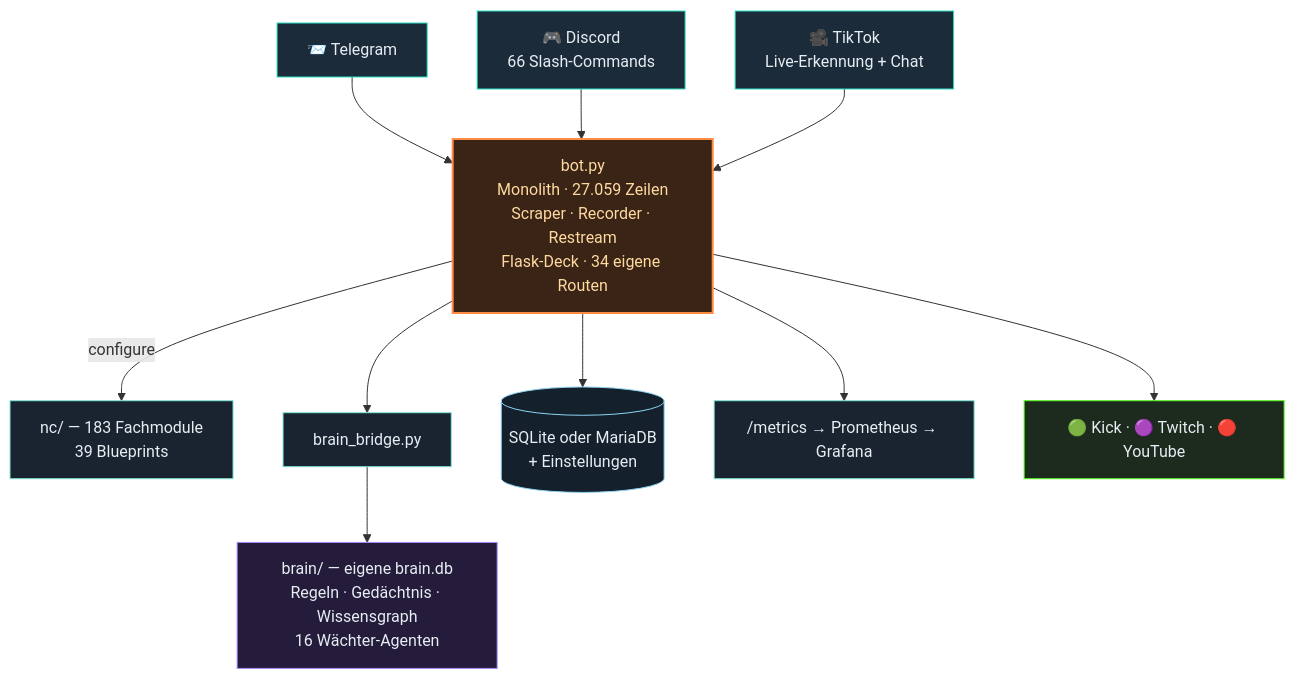
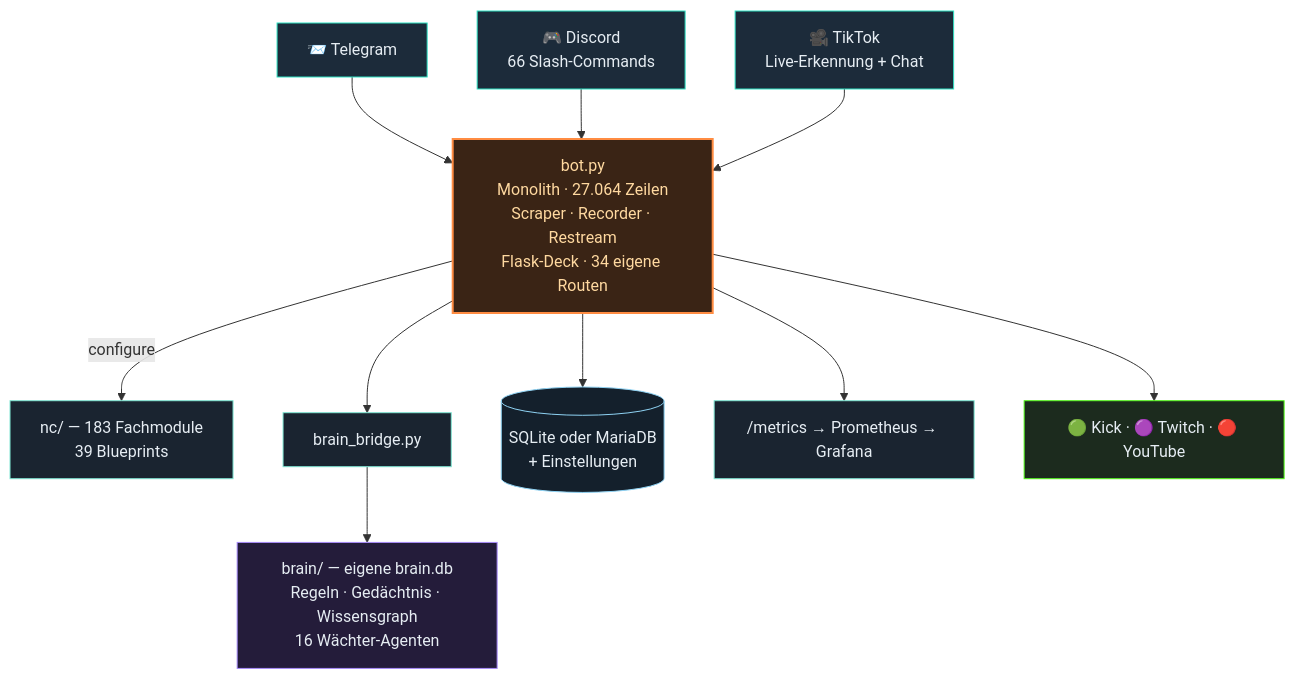
The second of 3 diagrams in README.md (itsamemedev/Telegram-Stream-Info-Bot), drawn with Mermaid before and after one commit. The commit also changed other lines of this file and 11 other files, not shown here.

````diff
--- a/README.md
+++ b/README.md
@@ -118,19 +118,19 @@
 ```mermaid
 flowchart TB
     TG["📨 Telegram"]:::ein --> BOT
     DC["🎮 Discord<br/>66 Slash-Commands"]:::ein --> BOT
     TT["🎥 TikTok<br/>Live-Erkennung + Chat"]:::ein --> BOT
-    BOT["bot.py<br/>Monolith · 27.059 Zeilen<br/>Scraper · Recorder · Restream<br/>Flask-Deck · 34 eigene Routen"]:::core
+    BOT["bot.py<br/>Monolith · 27.064 Zeilen<br/>Scraper · Recorder · Restream<br/>Flask-Deck · 34 eigene Routen"]:::core
     BOT -->|configure| NC["nc/ — 183 Fachmodule<br/>39 Blueprints"]:::lib
     BOT --> BR["brain_bridge.py"]:::lib
     BR --> BRAIN["brain/ — eigene brain.db<br/>Regeln · Gedächtnis · Wissensgraph<br/>16 Wächter-Agenten"]:::brain
     BOT --> DB[("SQLite oder MariaDB<br/>+ Einstellungen")]:::db
     BOT --> PROM["/metrics → Prometheus → Grafana"]:::lib
     BOT --> OUT["🟢 Kick · 🟣 Twitch · 🔴 YouTube"]:::out
     classDef ein fill:#1c2b3a,stroke:#2de1c2,color:#e6edf3
     classDef core fill:#3a2415,stroke:#ff8c42,stroke-width:2px,color:#ffd9a0
     classDef lib fill:#1a2430,stroke:#7fe7d4,color:#e6edf3
     classDef brain fill:#241c3a,stroke:#a78bfa,color:#e6edf3
     classDef db fill:#14202c,stroke:#8fd3f4,color:#e6edf3
     classDef out fill:#1c2b1e,stroke:#53fc18,color:#e6edf3
 ```
````
